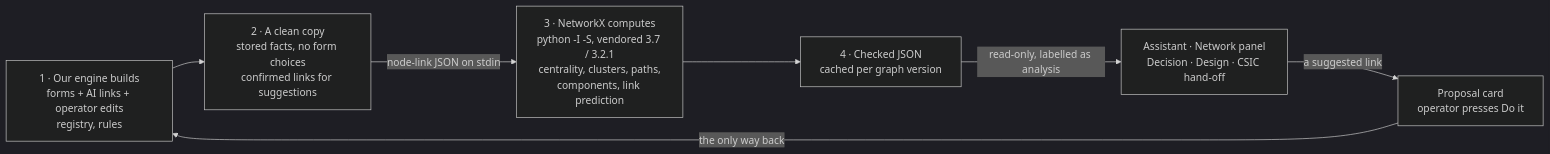
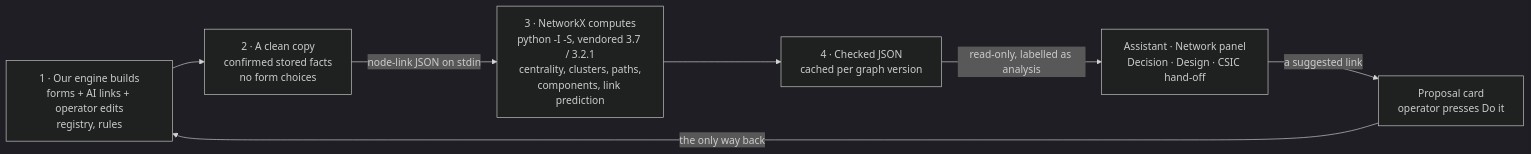
Before and after one commit to intelliorion/ms-cs-ttia-office-hours: the fifth of 5 diagrams in cafe-app/docs/x-ray.md, drawn with Mermaid (dark theme). The commit also changed other lines of this file and 1 other file, not shown here.

````diff
--- a/cafe-app/docs/x-ray.md
+++ b/cafe-app/docs/x-ray.md
@@ -341,9 +343,9 @@
 ```mermaid
 flowchart LR
-  A["1 · Our engine builds<br/>forms + AI links + operator edits<br/>registry, rules"] --> B["2 · A clean copy<br/>stored facts, no form choices<br/>confirmed links for suggestions"]
+  A["1 · Our engine builds<br/>forms + AI links + operator edits<br/>registry, rules"] --> B["2 · A clean copy<br/>confirmed stored facts<br/>no form choices"]
   B -->|node-link JSON on stdin| C["3 · NetworkX computes<br/>python -I -S, vendored 3.7 / 3.2.1<br/>centrality, clusters, paths,<br/>components, link prediction"]
   C --> D["4 · Checked JSON<br/>cached per graph version"]
   D -->|read-only, labelled as analysis| E["Assistant · Network panel<br/>Decision · Design · CSIC hand-off"]
   E -->|a suggested link| F["Proposal card<br/>operator presses Do it"]
   F -->|the only way back| A
 ```
````
